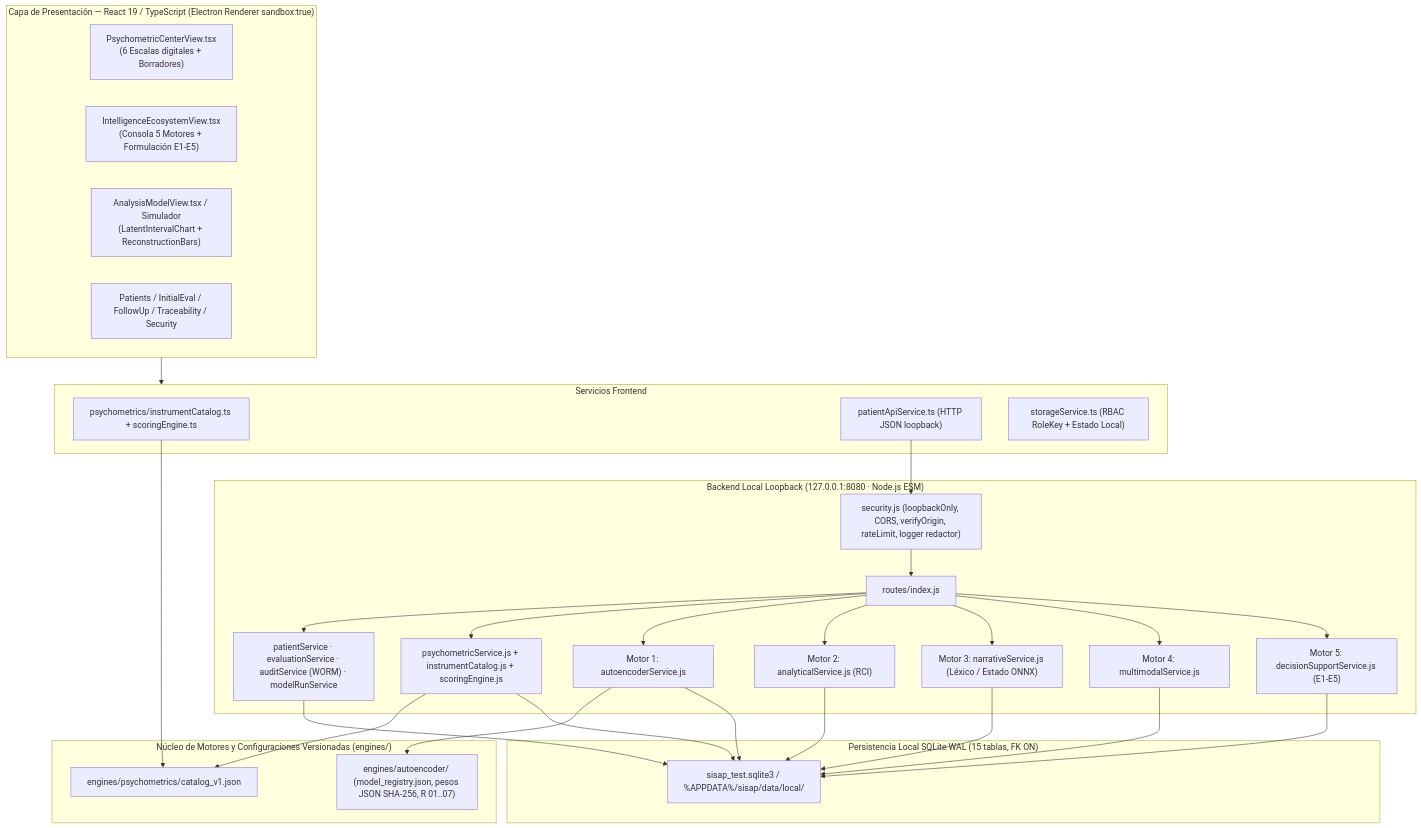
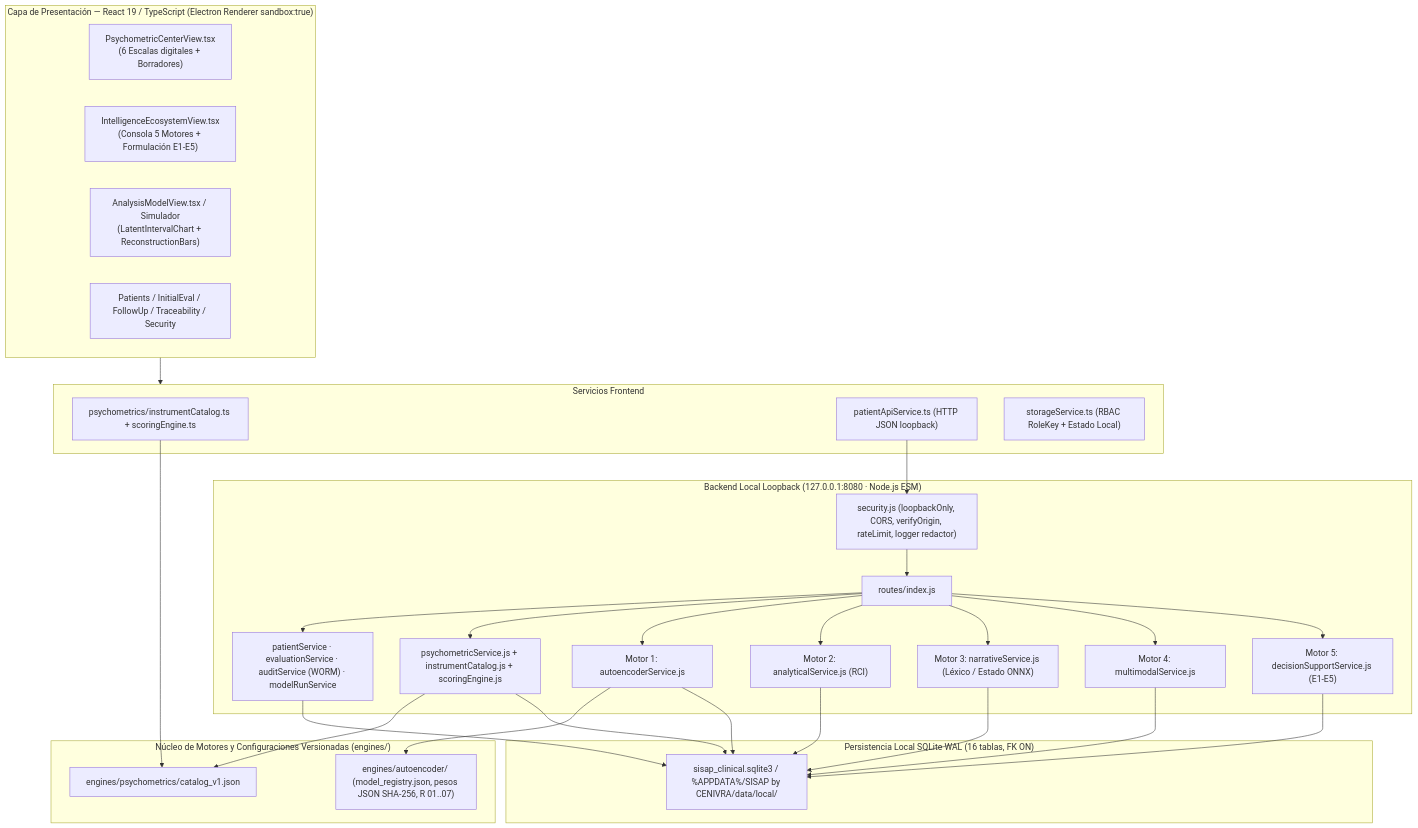
Before and after one commit to cenivra/SISAP-by-CENIVRA: the first of 4 diagrams in docs/lifecycle/05_software_architecture/SOFTWARE_ARCHITECTURE_v1.1.md, drawn with Mermaid. The commit also changed other lines of this file and 60 other files, not shown here.

````diff
--- a/docs/lifecycle/05_software_architecture/SOFTWARE_ARCHITECTURE_v1.1.md
+++ b/docs/lifecycle/05_software_architecture/SOFTWARE_ARCHITECTURE_v1.1.md
@@ -31,44 +31,44 @@
 ```mermaid
 flowchart TB
   subgraph UI["Capa de Presentación — React 19 / TypeScript (Electron Renderer sandbox:true)"]
     V_PSYC["PsychometricCenterView.tsx\n(6 Escalas digitales + Borradores)"]
     V_ECO["IntelligenceEcosystemView.tsx\n(Consola 5 Motores + Formulación E1-E5)"]
     V_AE["AnalysisModelView.tsx / Simulador\n(LatentIntervalChart + ReconstructionBars)"]
     V_CORE["Patients / InitialEval / FollowUp / Traceability / Security"]
   end
 
   subgraph FRONT_SVC["Servicios Frontend"]
     S_PSYC_TS["psychometrics/instrumentCatalog.ts + scoringEngine.ts"]
     S_API["patientApiService.ts (HTTP JSON loopback)"]
     S_STOR["storageService.ts (RBAC RoleKey + Estado Local)"]
   end
 
   subgraph BACKEND["Backend Local Loopback (127.0.0.1:8080 · Node.js ESM)"]
     MW["security.js (loopbackOnly, CORS, verifyOrigin, rateLimit, logger redactor)"]
     RT["routes/index.js"]
     SVC_CORE["patientService · evaluationService · auditService (WORM) · modelRunService"]
     SVC_PSYC["psychometricService.js + instrumentCatalog.js + scoringEngine.js"]
     SVC_M1["Motor 1: autoencoderService.js"]
     SVC_M2["Motor 2: analyticalService.js (RCI)"]
     SVC_M3["Motor 3: narrativeService.js (Léxico / Estado ONNX)"]
     SVC_M4["Motor 4: multimodalService.js"]
     SVC_M5["Motor 5: decisionSupportService.js (E1-E5)"]
   end
 
   subgraph ENGINES["Núcleo de Motores y Configuraciones Versionadas (engines/)"]
     E_PSYC["engines/psychometrics/catalog_v1.json"]
     E_AE["engines/autoencoder/ (model_registry.json, pesos JSON SHA-256, R 01..07)"]
   end
 
-  subgraph DATA["Persistencia Local SQLite WAL (15 tablas, FK ON)"]
-    DB["sisap_test.sqlite3 / %APPDATA%/sisap/data/local/"]
+  subgraph DATA["Persistencia Local SQLite WAL (16 tablas, FK ON)"]
+    DB["sisap_clinical.sqlite3 / %APPDATA%/SISAP by CENIVRA/data/local/"]
   end
 
   UI --> FRONT_SVC
   S_API --> MW --> RT
   RT --> SVC_CORE & SVC_PSYC & SVC_M1 & SVC_M2 & SVC_M3 & SVC_M4 & SVC_M5
   SVC_PSYC --> E_PSYC
   S_PSYC_TS --> E_PSYC
   SVC_M1 --> E_AE
   SVC_CORE & SVC_PSYC & SVC_M1 & SVC_M2 & SVC_M3 & SVC_M4 & SVC_M5 --> DB
 ```
````
